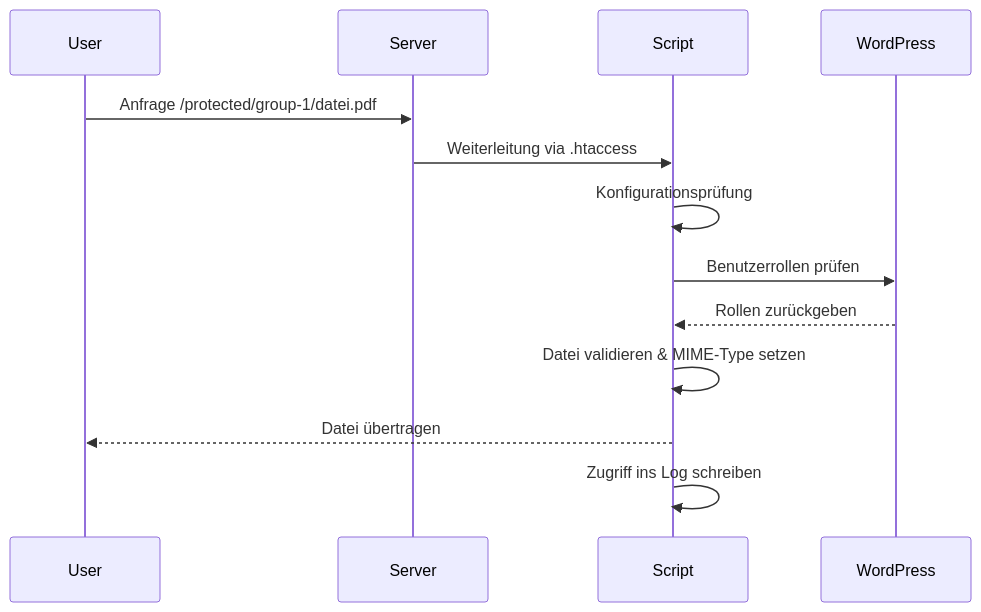
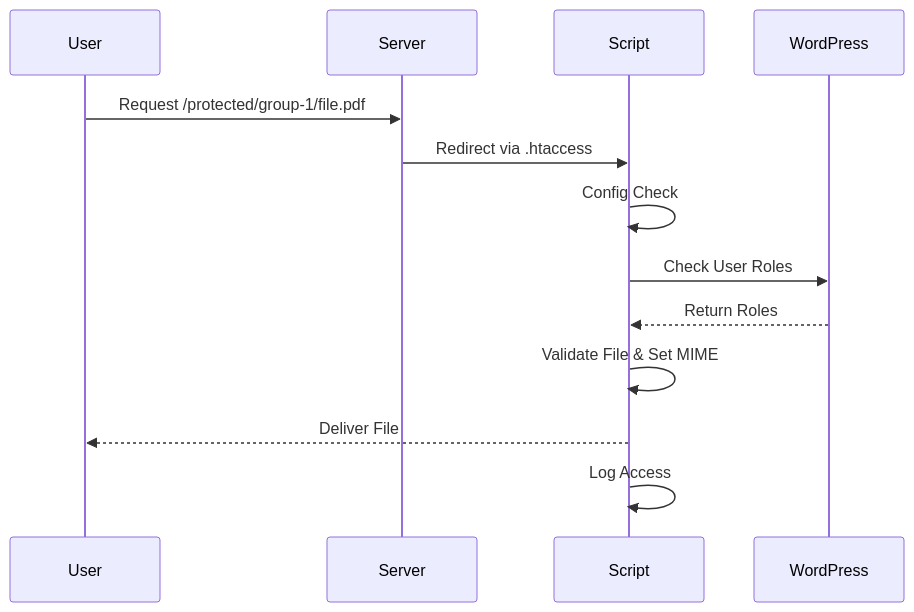
The second of 2 diagrams in docs/technical.md (rfluethi/Easy-File-Lock), drawn with Mermaid before and after one commit. The commit also changed other lines of this file and 8 other files, not shown here.

````diff
--- a/docs/technical.md
+++ b/docs/technical.md
@@ -377,17 +345,17 @@
 ```mermaid
 %%{ init: { "theme": "default" } }%%
 sequenceDiagram
     participant User
     participant Server
     participant Script
     participant WordPress
 
-    User->>Server: Anfrage /protected/group-1/datei.pdf
-    Server->>Script: Weiterleitung via .htaccess
-    Script->>Script: Konfigurationsprüfung
-    Script->>WordPress: Benutzerrollen prüfen
-    WordPress-->>Script: Rollen zurückgeben
-    Script->>Script: Datei validieren & MIME-Type setzen
-    Script-->>User: Datei übertragen
-    Script->>Script: Zugriff ins Log schreiben
+    User->>Server: Request /protected/group-1/file.pdf
+    Server->>Script: Redirect via .htaccess
+    Script->>Script: Config Check
+    Script->>WordPress: Check User Roles
+    WordPress-->>Script: Return Roles
+    Script->>Script: Validate File & Set MIME
+    Script-->>User: Deliver File
+    Script->>Script: Log Access
 ```
````
